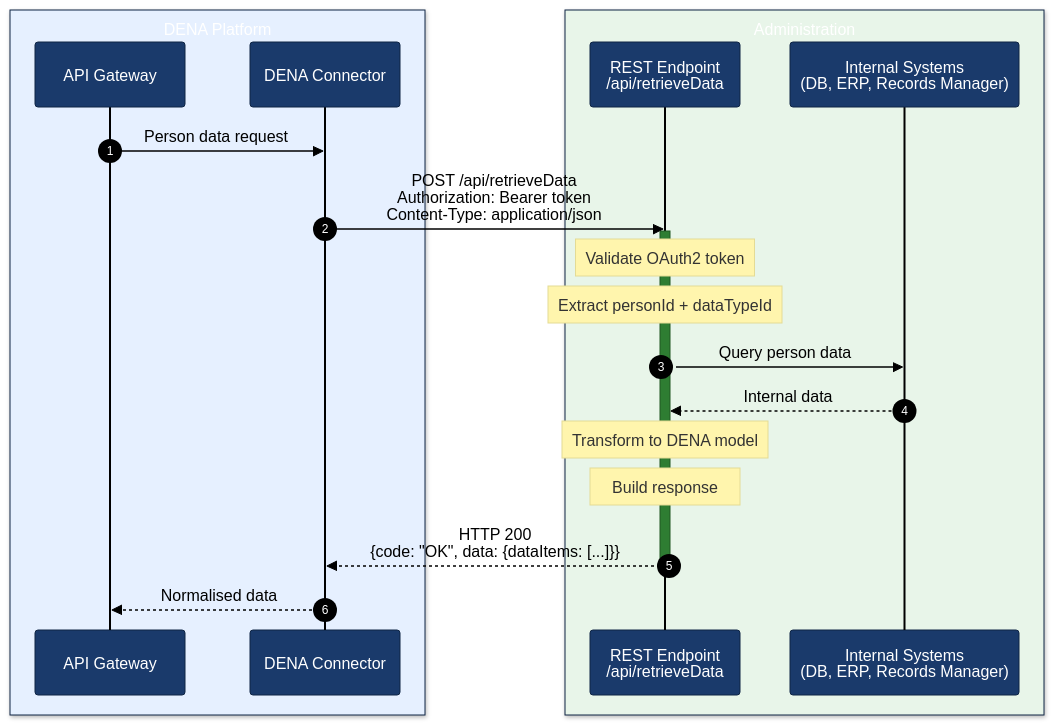
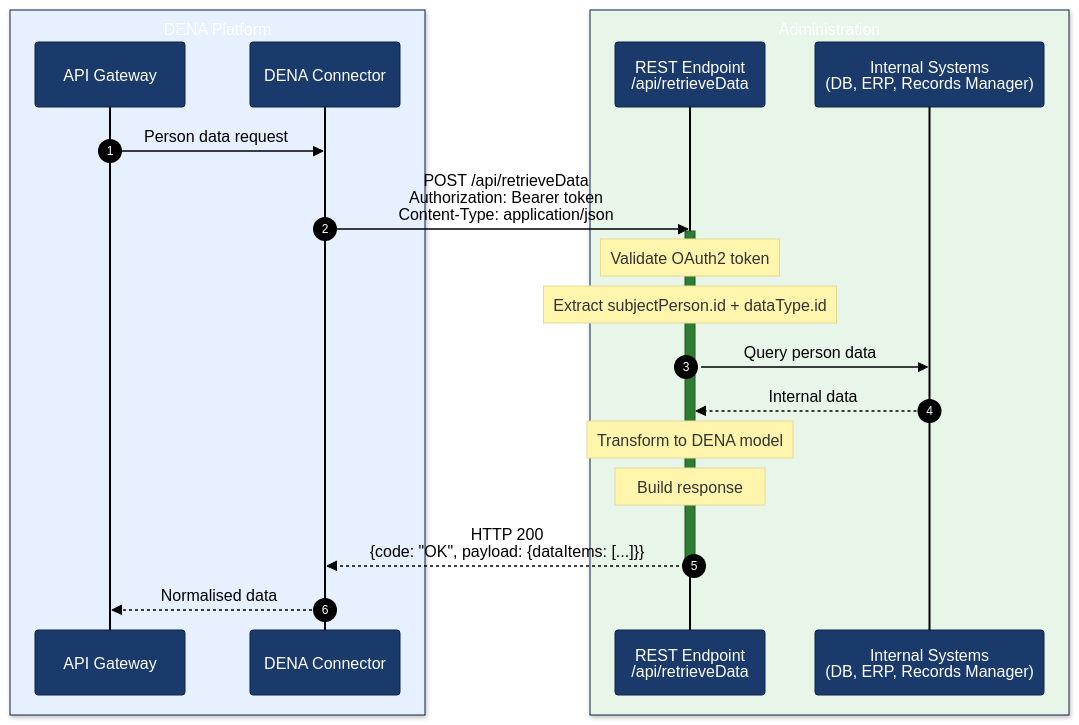
Before and after one commit to DENA-Euskadi/dena-euskadi.github.io: the diagram in docs/semantica/data-retrieve/guia-implementacion.en.md, drawn with Mermaid. The commit also changed other lines of this file and 117 other files, not shown here.

````diff
--- a/docs/semantica/data-retrieve/guia-implementacion.en.md
+++ b/docs/semantica/data-retrieve/guia-implementacion.en.md
@@ -11,41 +11,41 @@
 ```mermaid
 ---
 config:
   theme: base
   themeVariables:
     primaryColor: "#1A3A6B"
     primaryTextColor: "#FFFFFF"
     primaryBorderColor: "#0F2545"
     lineColor: "#000000"
     secondaryColor: "#2E7D32"
     tertiaryColor: "#F5F5F5"
     fontSize: "13px"
     sequenceNumberColor: "#FFFFFF"
     actorLineColor: "#000000"
     signalColor: "#000000"
     signalTextColor: "#000000"
 ---
 sequenceDiagram
     autonumber
     box rgb(230,240,255) DENA Platform
         participant GW as API Gateway
         participant CONN as DENA Connector
     end
     box rgb(232,245,233) Administration
         participant ADMIN as REST Endpoint<br/>/api/retrieveData
         participant SYS as Internal Systems<br/>(DB, ERP, Records Manager)
     end
 
     GW->>CONN: Person data request
     CONN->>ADMIN: POST /api/retrieveData<br/>Authorization: Bearer token<br/>Content-Type: application/json
     activate ADMIN
     Note over ADMIN: Validate OAuth2 token
-    Note over ADMIN: Extract personId + dataTypeId
+    Note over ADMIN: Extract subjectPerson.id + dataType.id
     ADMIN->>SYS: Query person data
     SYS-->>ADMIN: Internal data
     Note over ADMIN: Transform to DENA model
     Note over ADMIN: Build response
-    ADMIN-->>CONN: HTTP 200<br/>{code: "OK", data: {dataItems: [...]}}
+    ADMIN-->>CONN: HTTP 200<br/>{code: "OK", payload: {dataItems: [...]}}
     deactivate ADMIN
     CONN-->>GW: Normalised data
 ```
````
